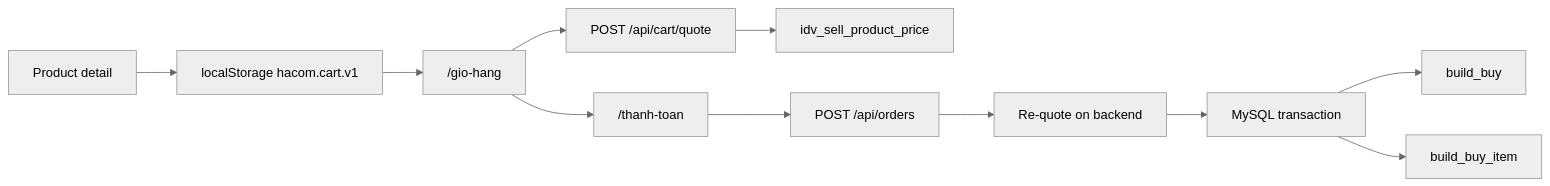
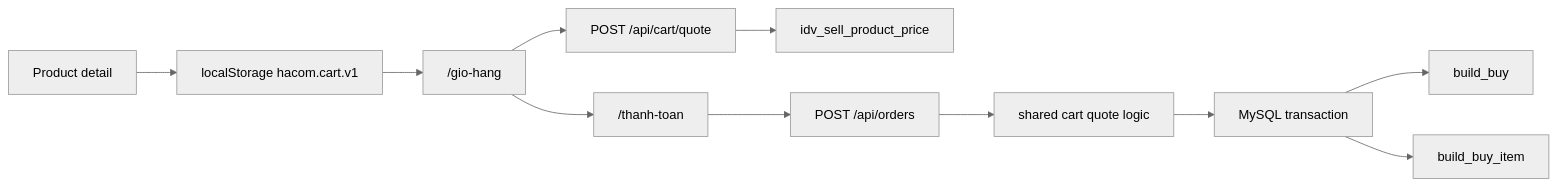
Before and after one commit to tranducnam11061996/web-tech: the fourth of 5 diagrams in ARCHITECTURE.md, drawn with Mermaid (neutral theme). The commit also changed other lines of this file and 25 other files, not shown here.

````diff
--- a/ARCHITECTURE.md
+++ b/ARCHITECTURE.md
@@ -52,13 +82,13 @@
 ```mermaid
 flowchart LR
-  PD["Product detail"] --> LS["localStorage hacom.cart.v1"]
-  LS --> CART["/gio-hang"]
-  CART --> QUOTE["POST /api/cart/quote"]
-  QUOTE --> PRICE["idv_sell_product_price"]
-  CART --> CHECKOUT["/thanh-toan"]
-  CHECKOUT --> ORDER["POST /api/orders"]
-  ORDER --> REQUOTE["Re-quote on backend"]
-  REQUOTE --> TX["MySQL transaction"]
-  TX --> BB["build_buy"]
-  TX --> BBI["build_buy_item"]
+  ProductDetail["Product detail"] --> CartLS["localStorage hacom.cart.v1"]
+  CartLS --> CartPage["/gio-hang"]
+  CartPage --> Quote["POST /api/cart/quote"]
+  Quote --> Price["idv_sell_product_price"]
+  CartPage --> Checkout["/thanh-toan"]
+  Checkout --> Order["POST /api/orders"]
+  Order --> Requote["shared cart quote logic"]
+  Requote --> Tx["MySQL transaction"]
+  Tx --> BuildBuy["build_buy"]
+  Tx --> BuildBuyItem["build_buy_item"]
 ```
````
